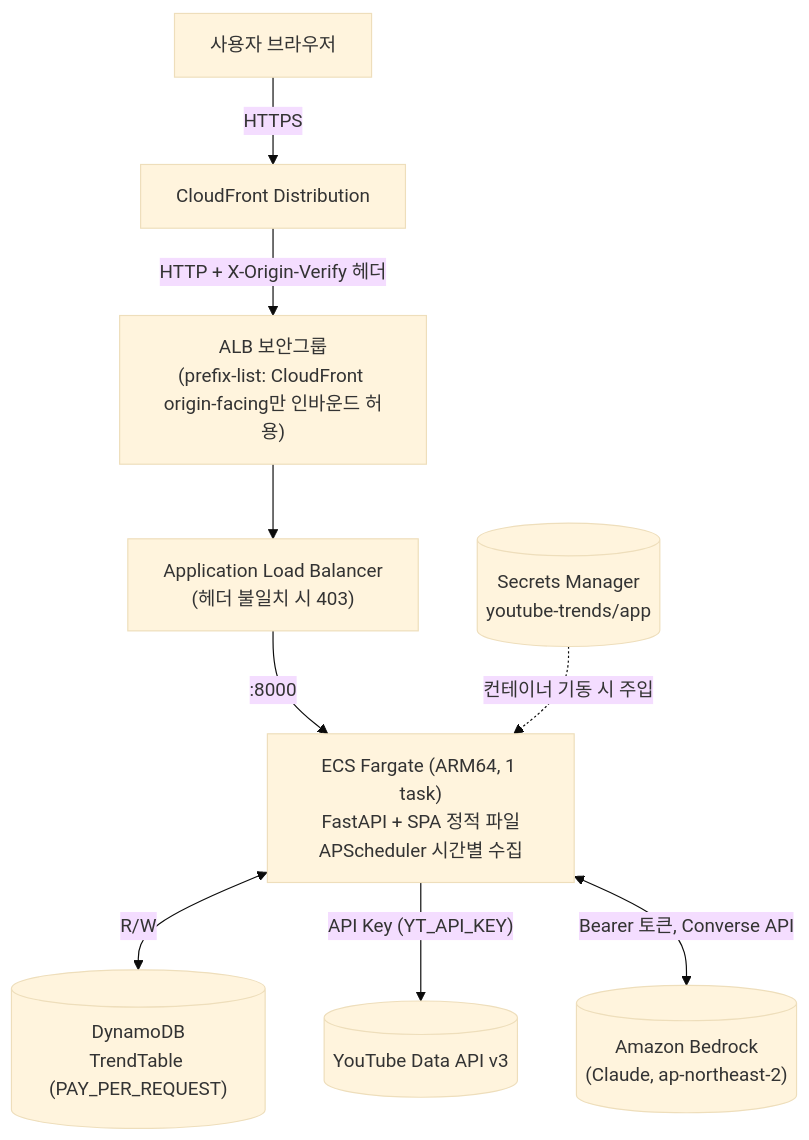
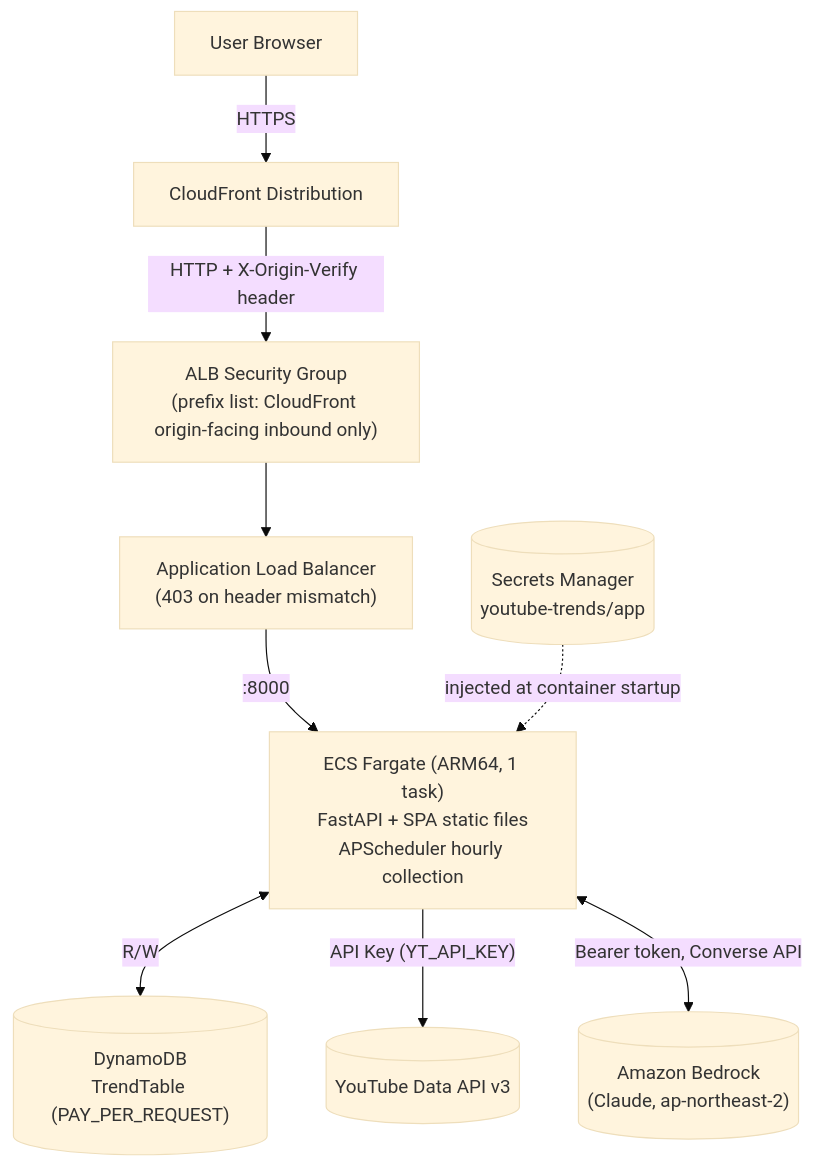
One commit to whchoi98/youtube-trend changed the first of 2 diagrams in README.md. Above: the diagram before and after it, drawn with Mermaid (base theme). The commit also changed other lines of this file and 44 other files, not shown here.

````diff
--- a/README.md
+++ b/README.md
@@ -16,11 +31,11 @@
 ```mermaid
 flowchart TD
-    User["사용자 브라우저"] -->|HTTPS| CF["CloudFront Distribution"]
-    CF -->|"HTTP + X-Origin-Verify 헤더"| SG["ALB 보안그룹<br/>(prefix-list: CloudFront origin-facing만 인바운드 허용)"]
-    SG --> ALB["Application Load Balancer<br/>(헤더 불일치 시 403)"]
-    ALB -->|":8000"| ECS["ECS Fargate (ARM64, 1 task)<br/>FastAPI + SPA 정적 파일<br/>APScheduler 시간별 수집"]
+    User["User Browser"] -->|HTTPS| CF["CloudFront Distribution"]
+    CF -->|"HTTP + X-Origin-Verify header"| SG["ALB Security Group<br/>(prefix list: CloudFront origin-facing inbound only)"]
+    SG --> ALB["Application Load Balancer<br/>(403 on header mismatch)"]
+    ALB -->|":8000"| ECS["ECS Fargate (ARM64, 1 task)<br/>FastAPI + SPA static files<br/>APScheduler hourly collection"]
     ECS <-->|"R/W"| DDB[("DynamoDB<br/>TrendTable (PAY_PER_REQUEST)")]
     ECS -->|"API Key (YT_API_KEY)"| YT[("YouTube Data API v3")]
-    ECS <-->|"Bearer 토큰, Converse API"| BR[("Amazon Bedrock<br/>(Claude, ap-northeast-2)")]
-    SM[("Secrets Manager<br/>youtube-trends/app")] -.->|"컨테이너 기동 시 주입"| ECS
+    ECS <-->|"Bearer token, Converse API"| BR[("Amazon Bedrock<br/>(Claude, ap-northeast-2)")]
+    SM[("Secrets Manager<br/>youtube-trends/app")] -.->|"injected at container startup"| ECS
 ```
````
